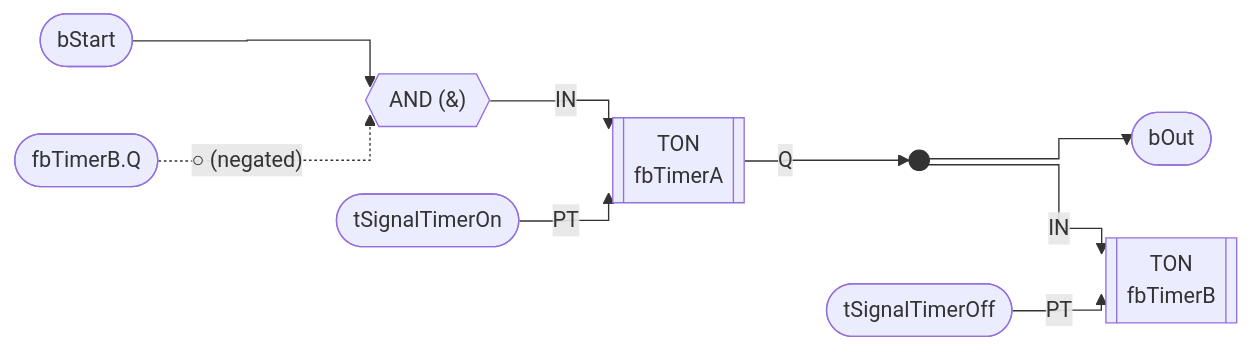
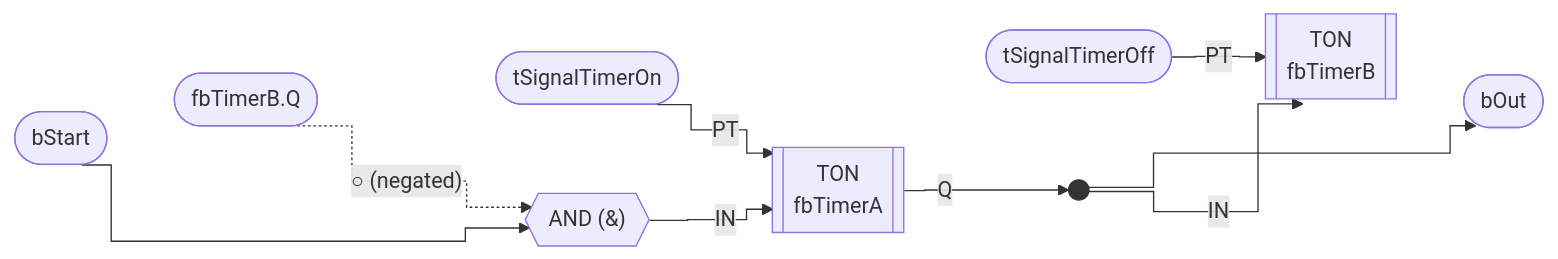
One commit to crissoll/pou2md changed the second of 2 diagrams in tests/output/FB_Blinker.md. Above: the diagram before and after it, drawn with Mermaid. The commit also changed 6 other files, not shown here.

````diff
--- a/tests/output/FB_Blinker.md
+++ b/tests/output/FB_Blinker.md
@@ -24,34 +24,38 @@
 ```mermaid
-%%{ init: { 'flowchart': { 'curve': 'stepAfter' } } }%%
+%%{ init: { 'flowchart': { 'curve': 'step' } } }%%
 flowchart LR
     %% --- Operands / Variables ---
     bStart(["bStart"])
     fbTimerBQ(["fbTimerB.Q"])
     tSignalTimerOn(["tSignalTimerOn"])
     tSignalTimerOff(["tSignalTimerOff"])
 
     %% --- Function Blocks & Operators ---
     TON_B[["TON
     fbTimerB"]]
     TON_A[["TON
     fbTimerA"]]
     AND1{{"AND (&)"}}
 
     %% --- Bifurcation Junctions ---
     J_TON_A_Q(( )):::junction
 
     %% --- Outputs ---
     bOut(["bOut"])
 
+    %% --- Vertical Rank Alignment ---
+    bStart ~~~ fbTimerBQ ~~~ tSignalTimerOn ~~~ tSignalTimerOff
+    TON_B ~~~ bOut
+
     %% --- Wiring ---
     AND1 -- "IN" --> TON_A
     bStart --> AND1
     fbTimerBQ -. "○ (negated)" .-> AND1
     tSignalTimerOn -- "PT" --> TON_A
     TON_A -- "Q" --> J_TON_A_Q
     J_TON_A_Q --> bOut
     J_TON_A_Q -- "IN" --> TON_B
     tSignalTimerOff -- "PT" --> TON_B
 
     classDef junction fill:#333,stroke:#333,width:6px,height:6px
 ```
````
